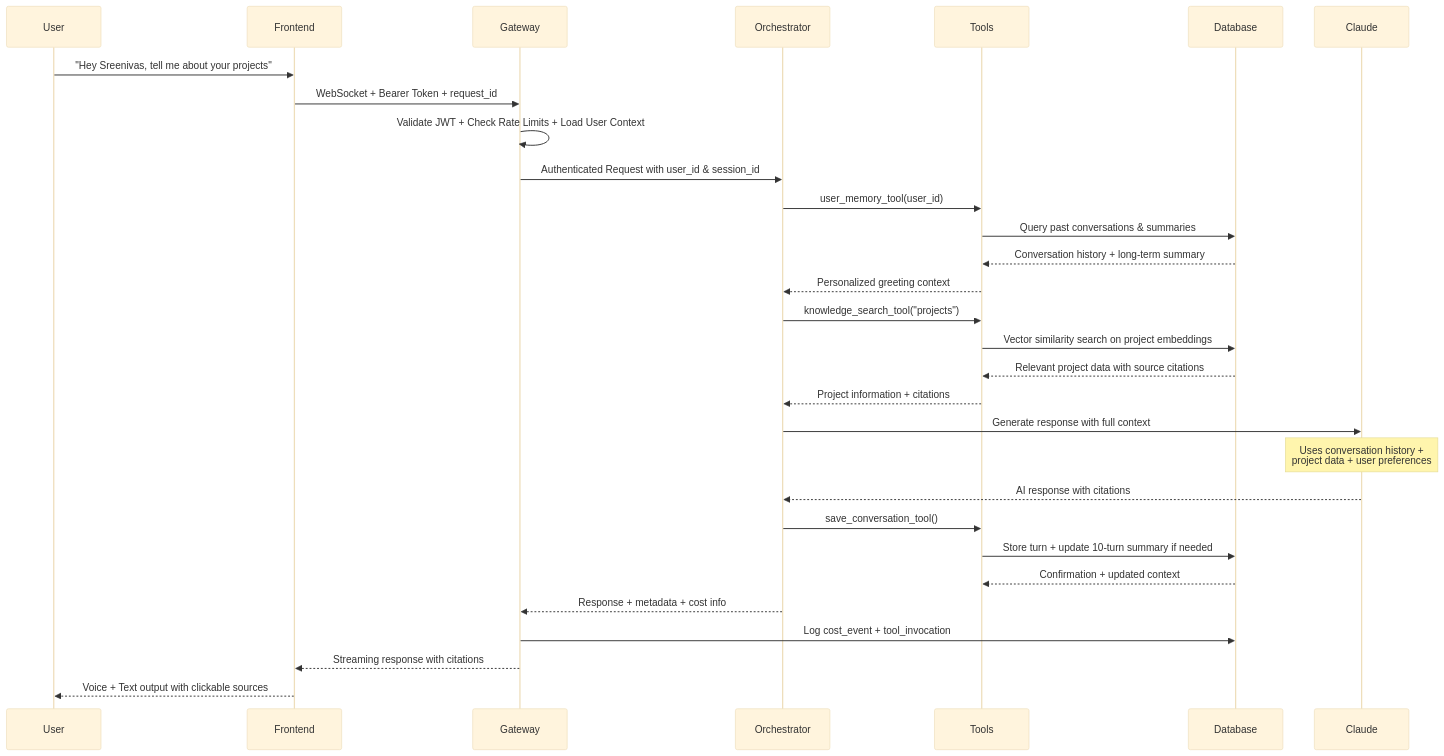
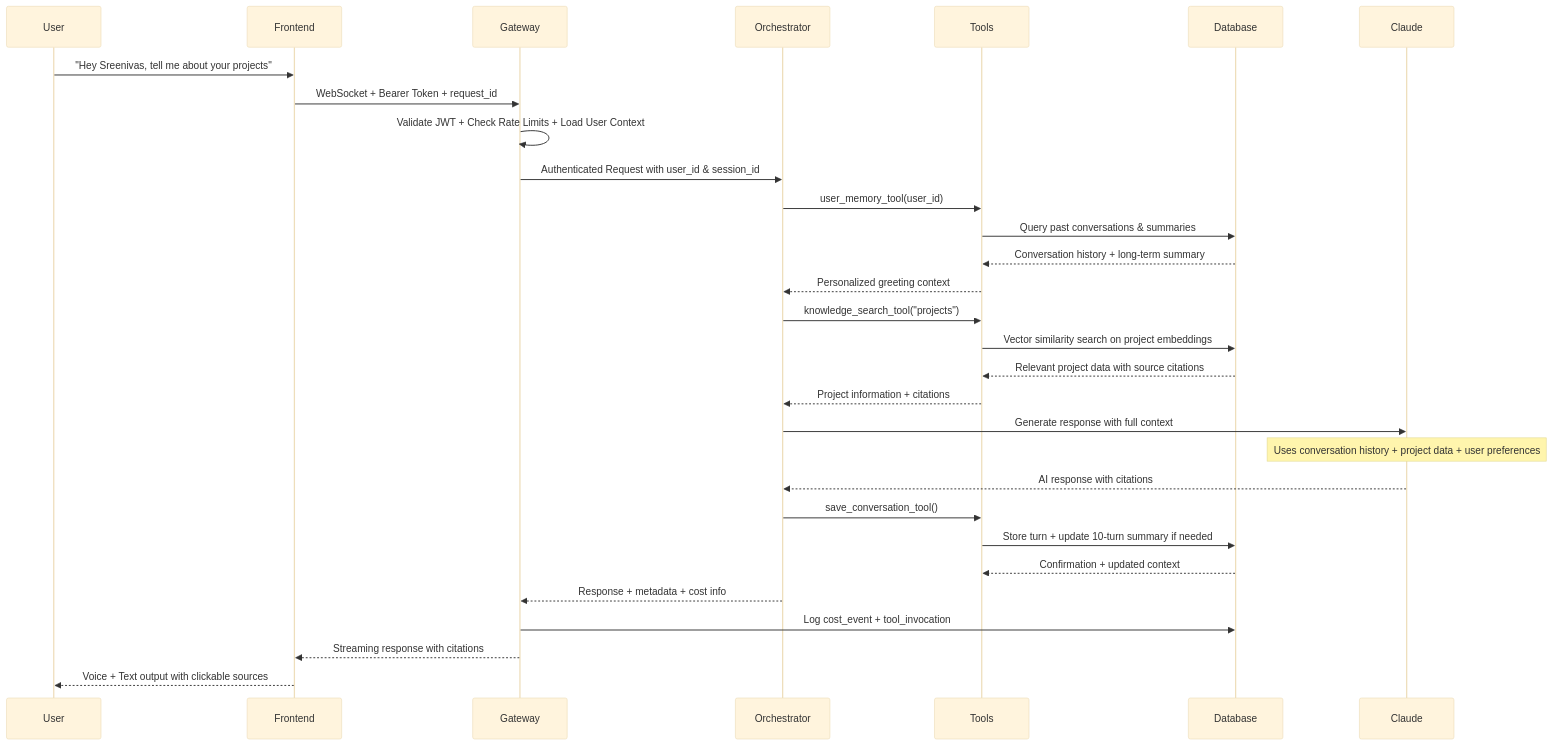
The second of 8 diagrams in README.md (LSG-hub/Project-001), drawn with Mermaid (base theme) before and after one commit. The commit also changed other lines of this file, not shown here.

````diff
--- a/README.md
+++ b/README.md
@@ -161,38 +161,38 @@
 ```mermaid
 sequenceDiagram
     participant User
     participant Frontend
     participant Gateway
     participant Orchestrator
     participant Tools
     participant Database
     participant Claude
     
     User->>Frontend: "Hey Sreenivas, tell me about your projects"
     Frontend->>Gateway: WebSocket + Bearer Token + request_id
     Gateway->>Gateway: Validate JWT + Check Rate Limits + Load User Context
     Gateway->>Orchestrator: Authenticated Request with user_id & session_id
     
     Orchestrator->>Tools: user_memory_tool(user_id)
     Tools->>Database: Query past conversations & summaries
     Database-->>Tools: Conversation history + long-term summary
     Tools-->>Orchestrator: Personalized greeting context
     
     Orchestrator->>Tools: knowledge_search_tool("projects")
     Tools->>Database: Vector similarity search on project embeddings
     Database-->>Tools: Relevant project data with source citations
     Tools-->>Orchestrator: Project information + citations
     
     Orchestrator->>Claude: Generate response with full context
-    Note over Claude: Uses conversation history +<br/>project data + user preferences
+    Note over Claude: Uses conversation history + project data + user preferences
     Claude-->>Orchestrator: AI response with citations
     
     Orchestrator->>Tools: save_conversation_tool()
     Tools->>Database: Store turn + update 10-turn summary if needed
     Database-->>Tools: Confirmation + updated context
     
     Orchestrator-->>Gateway: Response + metadata + cost info
     Gateway->>Database: Log cost_event + tool_invocation
     Gateway-->>Frontend: Streaming response with citations
     Frontend-->>User: Voice + Text output with clickable sources
 ```
````
